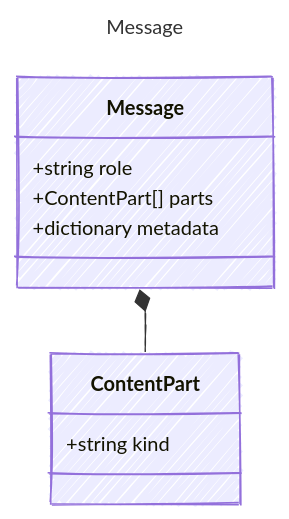
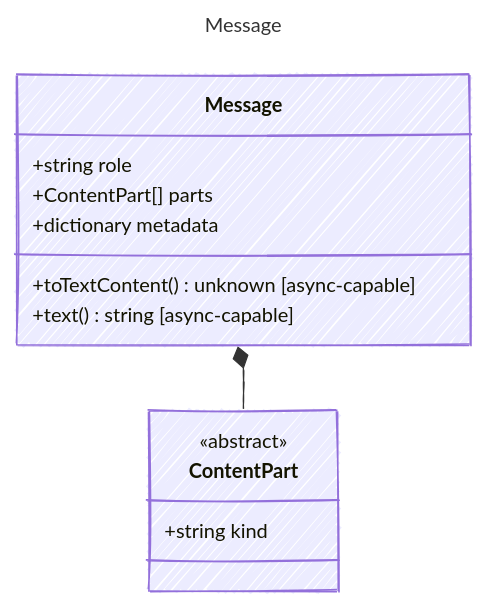
The diagram in web/src/content/docs/reference/Message.md (microsoft/prompty), drawn with Mermaid before and after one commit. The commit also changed other lines of this file and 524 other files, not shown here.

````diff
--- a/web/src/content/docs/reference/Message.md
+++ b/web/src/content/docs/reference/Message.md
@@ -12,20 +12,23 @@
 ```mermaid
 ---
 title: Message
 config:
   look: handDrawn
   theme: colorful
   class:
     hideEmptyMembersBox: true
 ---
 classDiagram
     class Message {
         +string role
         +ContentPart[] parts
         +dictionary metadata
+        +toTextContent() unknown [async-capable]
+        +text() string [async-capable]
     }
     class ContentPart {
+      <<abstract>>
         +string kind
     }
     Message *-- ContentPart
 ```
````
